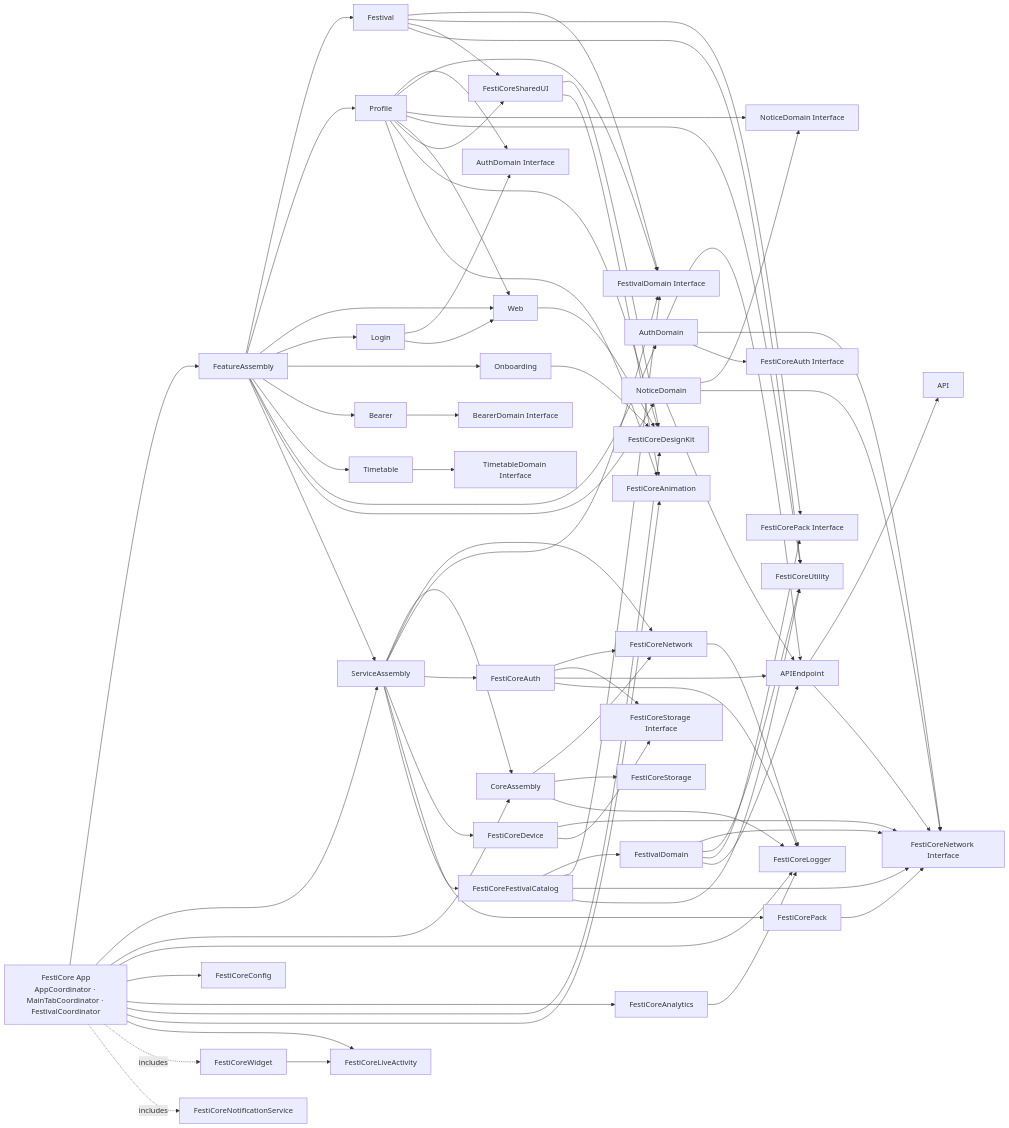
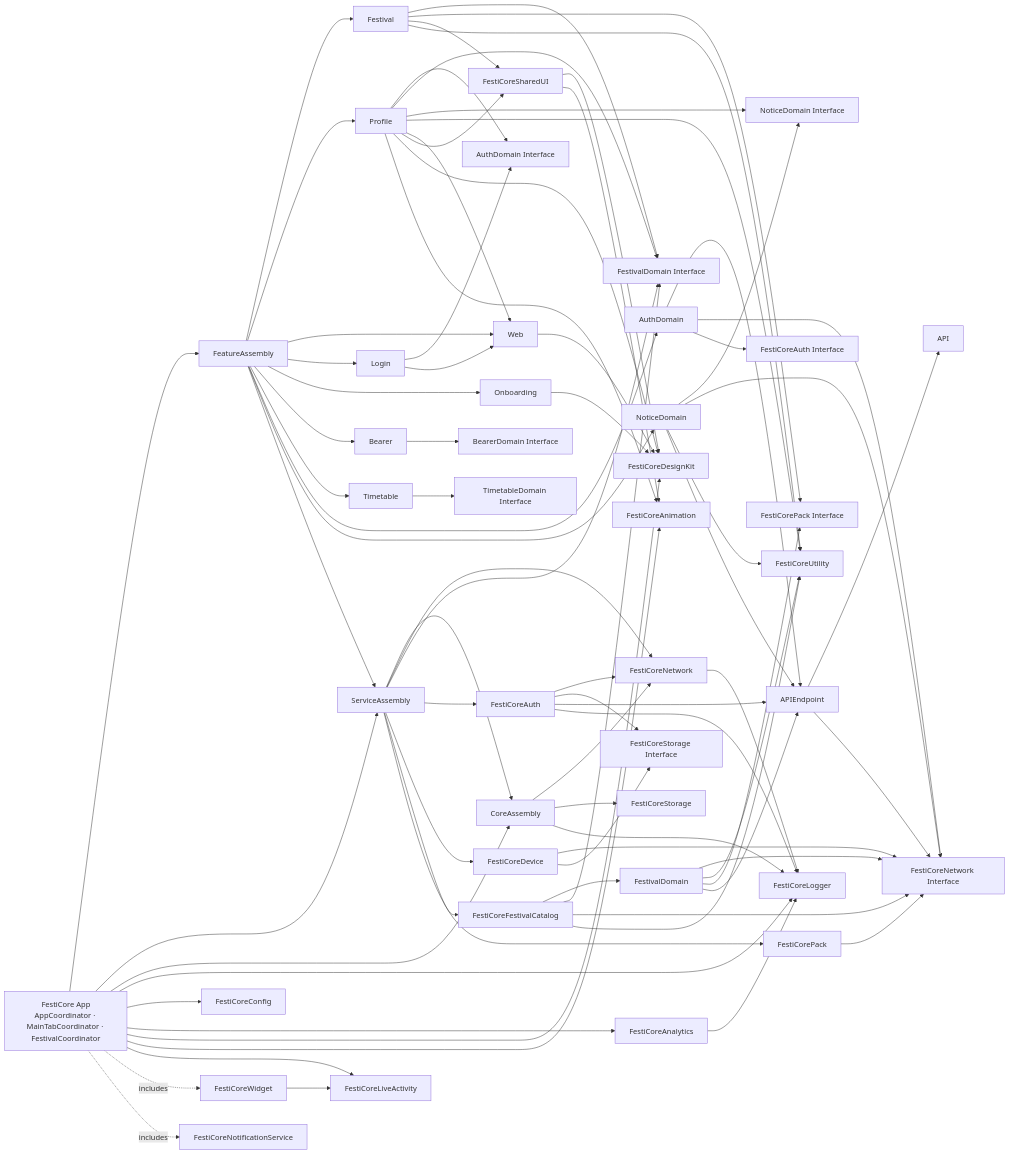
Before and after one commit to FESTICORE/FestiCore-iOS: the diagram in docs/architecture/module-graph.mmd, drawn with Mermaid. The commit also changed 11 other files, not shown here.

```diff
--- a/docs/architecture/module-graph.mmd
+++ b/docs/architecture/module-graph.mmd
@@ -1,122 +1,123 @@
 flowchart LR
   App["FestiCore App<br/>AppCoordinator · MainTabCoordinator · FestivalCoordinator"]
   FeatureAssembly["FeatureAssembly"]
   Festival["Festival"]
   Profile["Profile"]
   Web["Web"]
   Login["Login"]
   Onboarding["Onboarding"]
   Bearer["Bearer"]
   Timetable["Timetable"]
   AuthDomain["AuthDomain"]
   FestivalDomain["FestivalDomain"]
   NoticeDomain["NoticeDomain"]
   NoticeDomainInterface["NoticeDomain Interface"]
   FestivalDomainInterface["FestivalDomain Interface"]
   BearerDomainInterface["BearerDomain Interface"]
   TimetableDomainInterface["TimetableDomain Interface"]
   AuthDomainInterface["AuthDomain Interface"]
   PackInterface["FestiCorePack Interface"]
   ServiceAssembly["ServiceAssembly"]
   API["API"]
   Auth["FestiCoreAuth"]
   Analytics["FestiCoreAnalytics"]
   Config["FestiCoreConfig"]
   Device["FestiCoreDevice"]
   Catalog["FestiCoreFestivalCatalog"]
   Pack["FestiCorePack"]
   Network["FestiCoreNetwork"]
   StorageInterface["FestiCoreStorage Interface"]
   Storage["FestiCoreStorage"]
   Logger["FestiCoreLogger"]
   Utility["FestiCoreUtility"]
   LiveActivity["FestiCoreLiveActivity"]
   Animation["FestiCoreAnimation"]
   CoreAssembly["CoreAssembly"]
   APIEndpoint["APIEndpoint"]
   NetworkInterface["FestiCoreNetwork Interface"]
   SharedUI["FestiCoreSharedUI"]
   Design["FestiCoreDesignKit"]
   Widget["FestiCoreWidget"]
   Notification["FestiCoreNotificationService"]
 
   App --> FeatureAssembly
   App --> ServiceAssembly
   App --> CoreAssembly
   App --> Logger
   App --> Config
   App --> Analytics
   App --> Design
   App --> Animation
   App --> LiveActivity
   App -. includes .-> Widget
   App -. includes .-> Notification
 
   FeatureAssembly --> Festival
   FeatureAssembly --> Profile
   FeatureAssembly --> Web
   FeatureAssembly --> Login
   FeatureAssembly --> Onboarding
   FeatureAssembly --> Bearer
   FeatureAssembly --> Timetable
   FeatureAssembly --> AuthDomain
   FeatureAssembly --> NoticeDomain
   FeatureAssembly --> ServiceAssembly
 
   Festival --> FestivalDomainInterface
   Festival --> PackInterface
   Festival --> SharedUI
   Festival --> Utility
   Profile --> AuthDomainInterface
   Profile --> FestivalDomainInterface
   Profile --> NoticeDomainInterface
   Profile --> Utility
   Profile --> Web
   Profile --> SharedUI
   Profile --> Design
   Profile --> Animation
   Login --> AuthDomainInterface
   Login --> Web
   Bearer --> BearerDomainInterface
   Timetable --> TimetableDomainInterface
   Onboarding --> Design
   Web --> Design
   SharedUI --> Design
 
   AuthDomain --> APIEndpoint
   AuthDomain --> NetworkInterface
   AuthDomain --> AuthInterface["FestiCoreAuth Interface"]
   FestivalDomain --> NetworkInterface
   FestivalDomain --> Utility
   FestivalDomain --> PackInterface
   FestivalDomain --> APIEndpoint
   NoticeDomain --> NoticeDomainInterface
   NoticeDomain --> NetworkInterface
+  NoticeDomain --> Utility
   NoticeDomain --> APIEndpoint
   ServiceAssembly --> CoreAssembly
   ServiceAssembly --> Network
   ServiceAssembly --> FestivalDomainInterface
   ServiceAssembly --> Auth
   ServiceAssembly --> Device
   ServiceAssembly --> Catalog
   ServiceAssembly --> Pack
   Catalog --> FestivalDomain
   Catalog --> FestivalDomainInterface
   Catalog --> NetworkInterface
   Catalog --> Utility
   Auth --> Network
   Auth --> StorageInterface
   Auth --> APIEndpoint
   Auth --> Logger
   Device --> NetworkInterface
   Device --> StorageInterface
   Pack --> NetworkInterface
   Analytics --> Logger
   APIEndpoint --> API
   APIEndpoint --> NetworkInterface
   CoreAssembly --> Network
   CoreAssembly --> Storage
   CoreAssembly --> Logger
   Network --> Logger
   SharedUI --> Animation
   Widget --> LiveActivity
```
